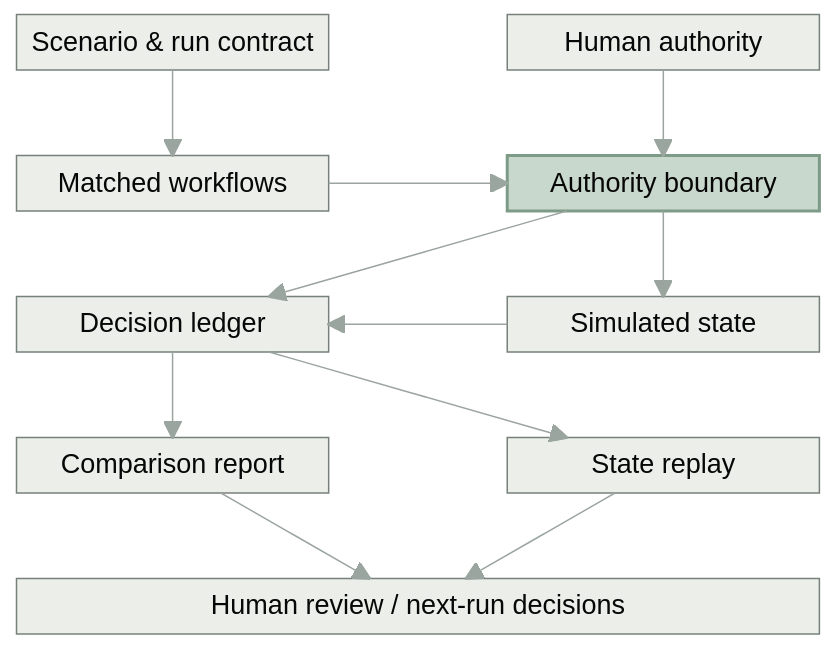
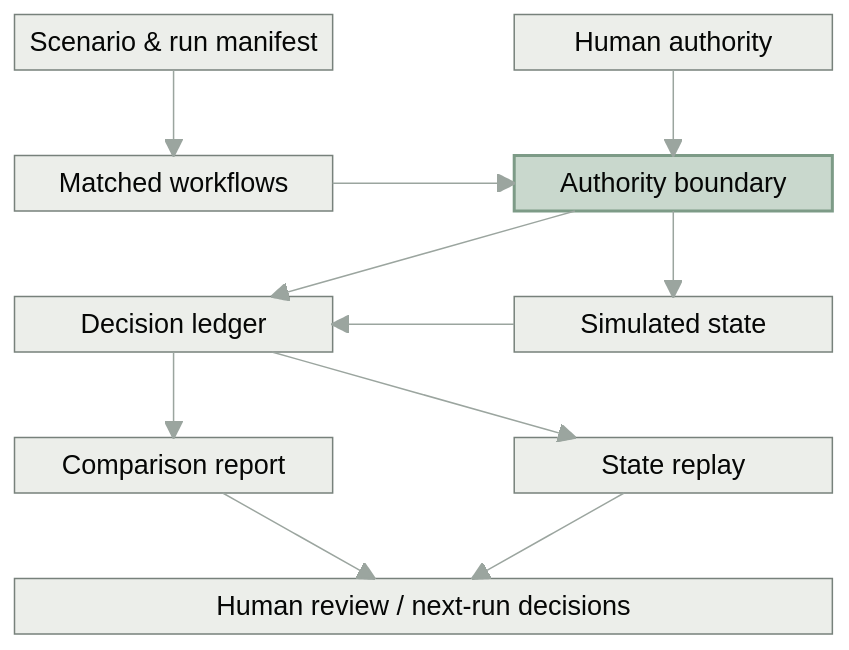
The diagram in README.md (endrhq/.github), drawn with Mermaid before and after one commit. The commit also changed other lines of this file and 2 other files, not shown here.

Commit message:
Clarify research terms and document the Mermaid layout

````diff
--- a/README.md
+++ b/README.md
@@ -19,28 +19,28 @@
 ```mermaid
 %%{init: {"theme":"base","themeVariables":{"fontFamily":"Arial, Helvetica, sans-serif","fontSize":"18px","primaryColor":"#eceeea","primaryTextColor":"#202824","primaryBorderColor":"#77817b","lineColor":"#9ba59f","edgeLabelBackground":"#0d1117"},"block":{"padding":10}}}%%
 block-beta
     columns 5
-    CONFIG["Scenario & run contract"]:2 space AUTHORITY["Human authority"]:2
+    CONFIG["Scenario & run manifest"]:2 space AUTHORITY["Human authority"]:2
     space:5
     RUNS["Matched workflows"]:2 space BOUNDARY["Authority boundary"]:2
     space:5
     LEDGER["Decision ledger"]:2 space STATE["Simulated state"]:2
     space:5
     REPORT["Comparison report"]:2 space REPLAY["State replay"]:2
     space:5
     REVIEW["Human review / next-run decisions"]:5
 
     CONFIG --> RUNS
     AUTHORITY --> BOUNDARY
     RUNS --> BOUNDARY
     BOUNDARY --> STATE
     BOUNDARY --> LEDGER
     STATE --> LEDGER
     LEDGER --> REPORT
     LEDGER --> REPLAY
     REPORT --> REVIEW
     REPLAY --> REVIEW
 
     classDef boundary fill:#c9d8cd,stroke:#7d9b87,stroke-width:2px,color:#18271e
     class BOUNDARY boundary
 ```
````
